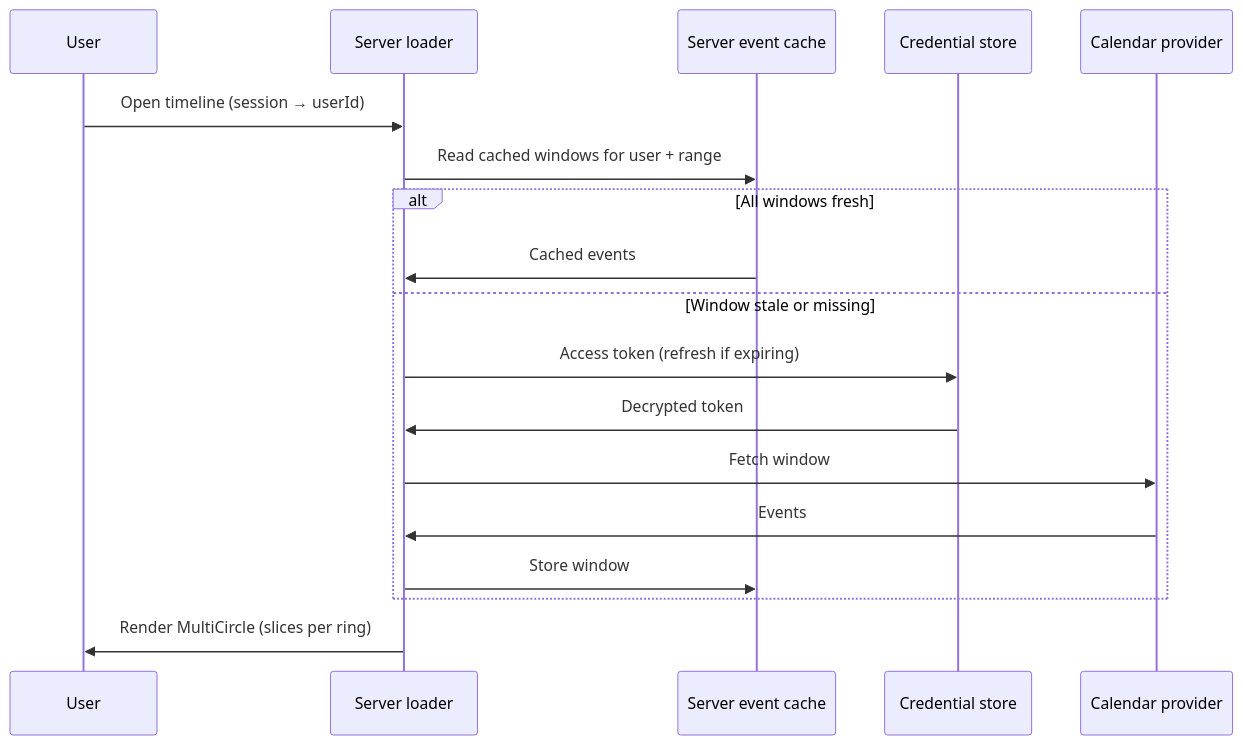
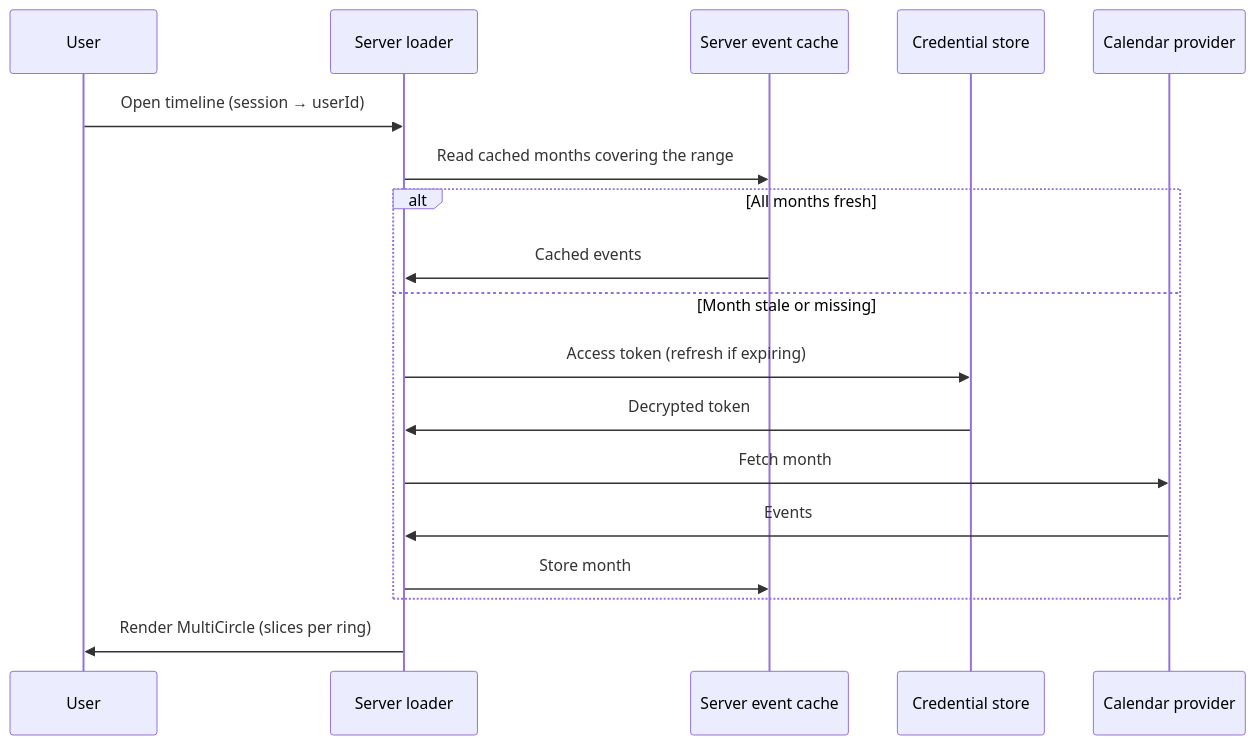
One commit to MiikaNiemela/circular-time-react-app changed the second of 2 diagrams in docs/architecture.md. Above: the diagram before and after it, drawn with Mermaid. The commit also changed other lines of this file and 15 other files, not shown here.

````diff
--- a/docs/architecture.md
+++ b/docs/architecture.md
@@ -56,21 +56,21 @@
 ```mermaid
 sequenceDiagram
     participant U as User
     participant L as Server loader
     participant DB as Server event cache
     participant CR as Credential store
     participant API as Calendar provider
 
     U->>L: Open timeline (session → userId)
-    L->>DB: Read cached windows for user + range
-    alt All windows fresh
+    L->>DB: Read cached months covering the range
+    alt All months fresh
         DB->>L: Cached events
-    else Window stale or missing
+    else Month stale or missing
         L->>CR: Access token (refresh if expiring)
         CR->>L: Decrypted token
-        L->>API: Fetch window
+        L->>API: Fetch month
         API->>L: Events
-        L->>DB: Store window
+        L->>DB: Store month
     end
     L->>U: Render MultiCircle (slices per ring)
 ```
````
